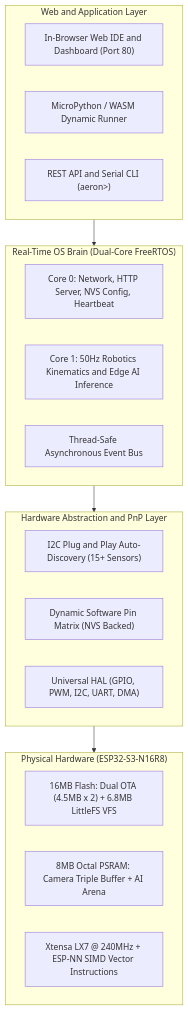
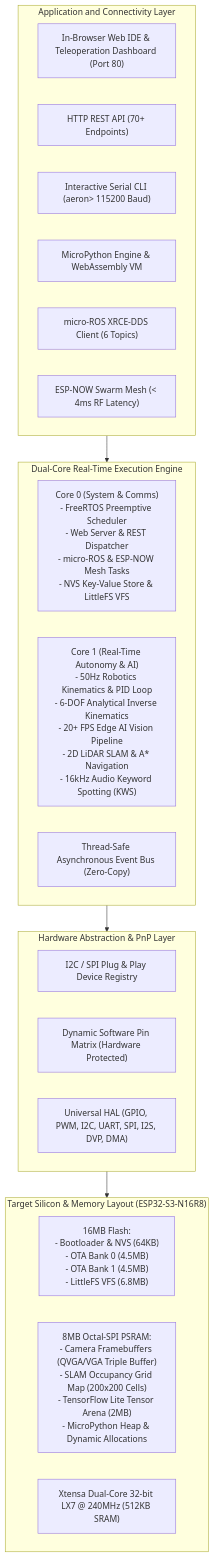
Before and after one commit to tamimystic/tamimystic-os: the diagram in docs/index.md, drawn with Mermaid. The commit also changed other lines of this file and 23 other files, not shown here.

````diff
--- a/docs/index.md
+++ b/docs/index.md
@@ -33,30 +31,50 @@
 ```mermaid
 graph TB
-    subgraph Layer4["Web and Application Layer"]
-        UI["In-Browser Web IDE and Dashboard (Port 80)"]
-        PY["MicroPython / WASM Dynamic Runner"]
-        REST["REST API and Serial CLI (aeron>)"]
+    subgraph Layer4["Application and Connectivity Layer"]
+        UI["In-Browser Web IDE & Teleoperation Dashboard (Port 80)"]
+        REST["HTTP REST API (70+ Endpoints)"]
+        CLI["Interactive Serial CLI (aeron> 115200 Baud)"]
+        PY["MicroPython Engine & WebAssembly VM"]
+        ROS2["micro-ROS XRCE-DDS Client (6 Topics)"]
+        MESH["ESP-NOW Swarm Mesh (< 4ms RF Latency)"]
     end
 
-    subgraph Layer3["Real-Time OS Brain (Dual-Core FreeRTOS)"]
-        CORE0["Core 0: Network, HTTP Server, NVS Config, Heartbeat"]
-        CORE1["Core 1: 50Hz Robotics Kinematics and Edge AI Inference"]
-        BUS["Thread-Safe Asynchronous Event Bus"]
+    subgraph Layer3["Dual-Core Real-Time Execution Engine"]
+        CORE0["Core 0 (System & Comms)
+- FreeRTOS Preemptive Scheduler
+- Web Server & REST Dispatcher
+- micro-ROS & ESP-NOW Mesh Tasks
+- NVS Key-Value Store & LittleFS VFS"]
+        CORE1["Core 1 (Real-Time Autonomy & AI)
+- 50Hz Robotics Kinematics & PID Loop
+- 6-DOF Analytical Inverse Kinematics
+- 20+ FPS Edge AI Vision Pipeline
+- 2D LiDAR SLAM & A* Navigation
+- 16kHz Audio Keyword Spotting (KWS)"]
+        BUS["Thread-Safe Asynchronous Event Bus (Zero-Copy)"]
     end
 
-    subgraph Layer2["Hardware Abstraction and PnP Layer"]
-        PNP["I2C Plug and Play Auto-Discovery (15+ Sensors)"]
-        MATRIX["Dynamic Software Pin Matrix (NVS Backed)"]
-        HAL["Universal HAL (GPIO, PWM, I2C, UART, DMA)"]
+    subgraph Layer2["Hardware Abstraction & PnP Layer"]
+        PNP["I2C / SPI Plug & Play Device Registry"]
+        MATRIX["Dynamic Software Pin Matrix (Hardware Protected)"]
+        HAL["Universal HAL (GPIO, PWM, I2C, UART, SPI, I2S, DVP, DMA)"]
     end
 
-    subgraph Layer1["Physical Hardware (ESP32-S3-N16R8)"]
-        FLASH["16MB Flash: Dual OTA (4.5MB x 2) + 6.8MB LittleFS VFS"]
-        PSRAM["8MB Octal PSRAM: Camera Triple Buffer + AI Arena"]
-        XTENSA["Xtensa LX7 @ 240MHz + ESP-NN SIMD Vector Instructions"]
+    subgraph Layer1["Target Silicon & Memory Layout (ESP32-S3-N16R8)"]
+        FLASH["16MB Flash:
+- Bootloader & NVS (64KB)
+- OTA Bank 0 (4.5MB)
+- OTA Bank 1 (4.5MB)
+- LittleFS VFS (6.8MB)"]
+        PSRAM["8MB Octal-SPI PSRAM:
+- Camera Framebuffers (QVGA/VGA Triple Buffer)
+- SLAM Occupancy Grid Map (200x200 Cells)
+- TensorFlow Lite Tensor Arena (2MB)
+- MicroPython Heap & Dynamic Allocations"]
+        CHIP["Xtensa Dual-Core 32-bit LX7 @ 240MHz (512KB SRAM)"]
     end
 
     Layer4 --> Layer3
     Layer3 --> Layer2
     Layer2 --> Layer1
 ```
````
